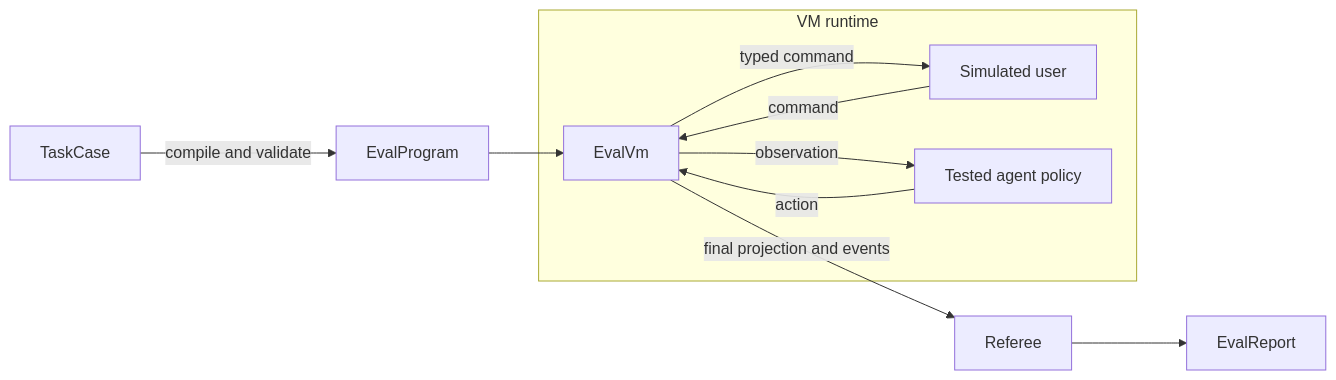
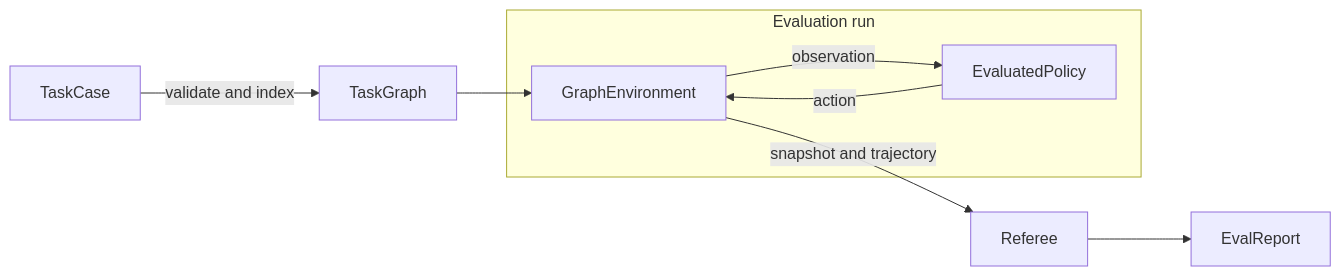
The first of 4 diagrams in lite-agent-eval/doc/eval-framework.md (Gujiawei-Edinburgh/canary-agent), drawn with Mermaid before and after one commit. The commit also changed other lines of this file, not shown here.

Commit message:
1. update eval doc.

````diff
--- a/lite-agent-eval/doc/eval-framework.md
+++ b/lite-agent-eval/doc/eval-framework.md
@@ -40,13 +23,13 @@
 ```mermaid
 flowchart LR
-    C[TaskCase] -->|compile and validate| P[EvalProgram]
-    P --> VM[EvalVm]
-    subgraph Runtime[VM runtime]
-        VM -->|typed command| SU[Simulated user]
-        SU -->|command| VM
-        VM -->|observation| TA[Tested agent policy]
-        TA -->|action| VM
+    Case[TaskCase] -->|validate and index| Graph[TaskGraph]
+    Graph --> Env[GraphEnvironment]
+
+    subgraph Run[Evaluation run]
+        Env -->|observation| Policy[EvaluatedPolicy]
+        Policy -->|action| Env
     end
-    VM -->|final projection and events| R[Referee]
-    R --> REPORT[EvalReport]
+
+    Env -->|snapshot and trajectory| Referee[Referee]
+    Referee --> Report[EvalReport]
 ```
````
